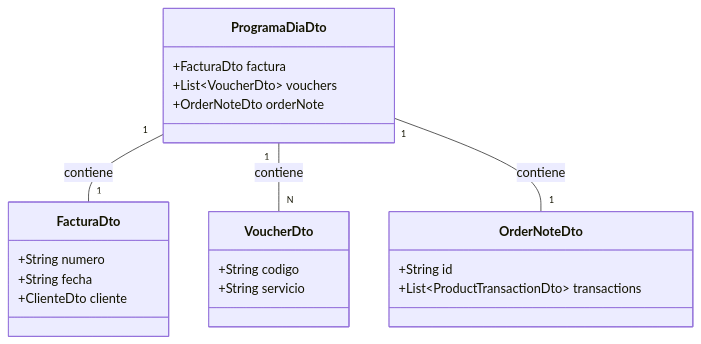
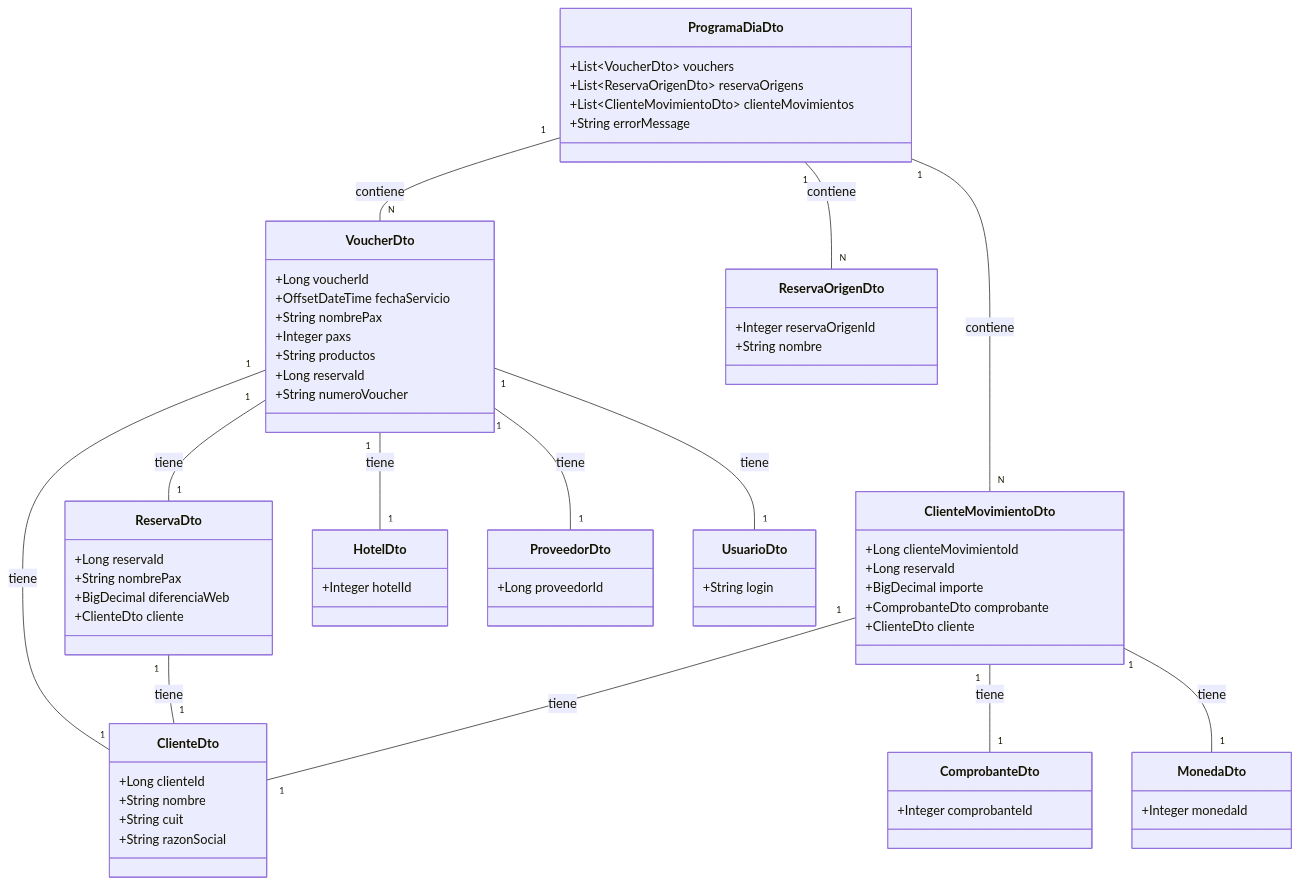
One commit to ETEREA-services/ETEREA.programa-dia-service changed the diagram in docs/diagrams/data-model.mmd. Above: the diagram before and after it, drawn with Mermaid. The commit also changed 24 other files, not shown here.

```diff
--- a/docs/diagrams/data-model.mmd
+++ b/docs/diagrams/data-model.mmd
@@ -1,26 +1,77 @@
 classDiagram
     class ProgramaDiaDto {
-        +FacturaDto factura
         +List~VoucherDto~ vouchers
-        +OrderNoteDto orderNote
+        +List~ReservaOrigenDto~ reservaOrigens
+        +List~ClienteMovimientoDto~ clienteMovimientos
+        +String errorMessage
     }
 
-    class FacturaDto {
-        +String numero
-        +String fecha
+    class VoucherDto {
+        +Long voucherId
+        +OffsetDateTime fechaServicio
+        +String nombrePax
+        +Integer paxs
+        +String productos
+        +Long reservaId
+        +String numeroVoucher
+    }
+
+    class ReservaOrigenDto {
+        +Integer reservaOrigenId
+        +String nombre
+    }
+
+    class ClienteMovimientoDto {
+        +Long clienteMovimientoId
+        +Long reservaId
+        +BigDecimal importe
+        +ComprobanteDto comprobante
         +ClienteDto cliente
     }
 
-    class VoucherDto {
-        +String codigo
-        +String servicio
+    class ClienteDto {
+        +Long clienteId
+        +String nombre
+        +String cuit
+        +String razonSocial
     }
 
-    class OrderNoteDto {
-        +String id
-        +List~ProductTransactionDto~ transactions
+    class ReservaDto {
+        +Long reservaId
+        +String nombrePax
+        +BigDecimal diferenciaWeb
+        +ClienteDto cliente
     }
 
-    ProgramaDiaDto "1" -- "1" FacturaDto : contiene
+    class ComprobanteDto {
+        +Integer comprobanteId
+    }
+
+    class HotelDto {
+        +Integer hotelId
+    }
+
+    class ProveedorDto {
+        +Long proveedorId
+    }
+
+    class UsuarioDto {
+        +String login
+    }
+
+    class MonedaDto {
+        +Integer monedaId
+    }
+
     ProgramaDiaDto "1" -- "N" VoucherDto : contiene
-    ProgramaDiaDto "1" -- "1" OrderNoteDto : contiene
+    ProgramaDiaDto "1" -- "N" ReservaOrigenDto : contiene
+    ProgramaDiaDto "1" -- "N" ClienteMovimientoDto : contiene
+    VoucherDto "1" -- "1" ClienteDto : tiene
+    VoucherDto "1" -- "1" HotelDto : tiene
+    VoucherDto "1" -- "1" ProveedorDto : tiene
+    VoucherDto "1" -- "1" ReservaDto : tiene
+    VoucherDto "1" -- "1" UsuarioDto : tiene
+    ReservaDto "1" -- "1" ClienteDto : tiene
+    ClienteMovimientoDto "1" -- "1" ComprobanteDto : tiene
+    ClienteMovimientoDto "1" -- "1" ClienteDto : tiene
+    ClienteMovimientoDto "1" -- "1" MonedaDto : tiene
```
